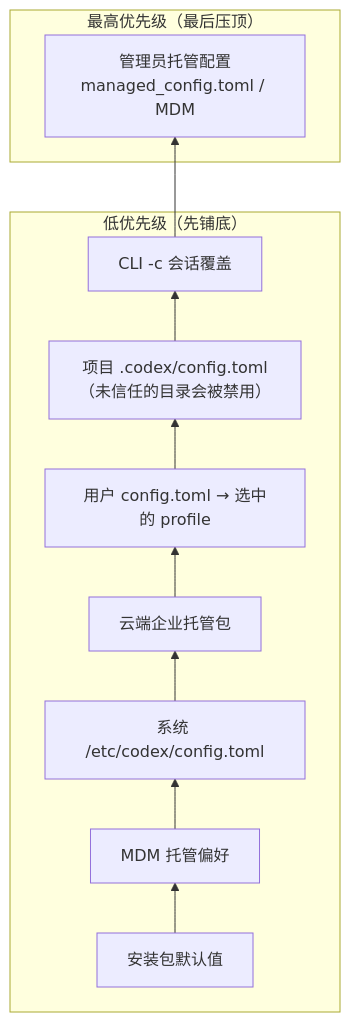
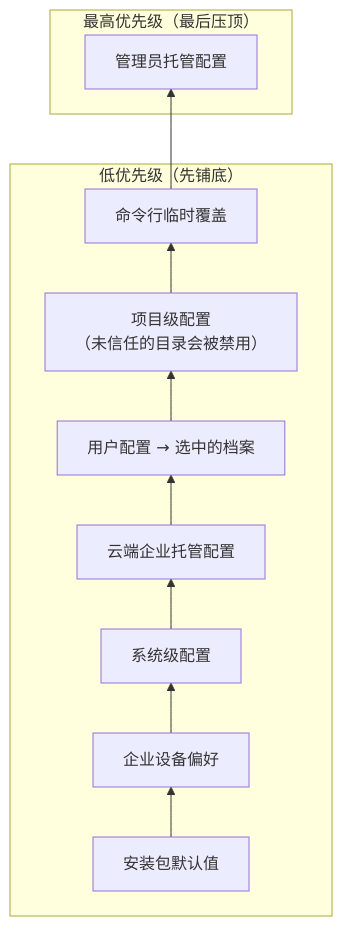
The first of 2 diagrams in src/part1/config-and-auth.md (13927/codex-book), drawn with Mermaid before and after one commit. The commit also changed other lines of this file and 14 other files, not shown here.

````diff
--- a/src/part1/config-and-auth.md
+++ b/src/part1/config-and-auth.md
@@ -37,16 +34,16 @@
 ```mermaid
 flowchart BT
     subgraph LOW["低优先级（先铺底）"]
         PKG["安装包默认值"]
-        MDM0["MDM 托管偏好"]
-        SYS["系统 /etc/codex/config.toml"]
-        CLOUD["云端企业托管包"]
-        USER["用户 config.toml → 选中的 profile"]
-        PROJ["项目 .codex/config.toml<br/>（未信任的目录会被禁用）"]
-        CLI["CLI -c 会话覆盖"]
+        MDM0["企业设备偏好"]
+        SYS["系统级配置"]
+        CLOUD["云端企业托管配置"]
+        USER["用户配置 → 选中的档案"]
+        PROJ["项目级配置<br/>（未信任的目录会被禁用）"]
+        CLI["命令行临时覆盖"]
     end
     subgraph HIGH["最高优先级（最后压顶）"]
-        LEGACY["管理员托管配置<br/>managed_config.toml / MDM"]
+        LEGACY["管理员托管配置"]
     end
     PKG --> MDM0 --> SYS --> CLOUD --> USER --> PROJ --> CLI --> LEGACY
 ```
````
